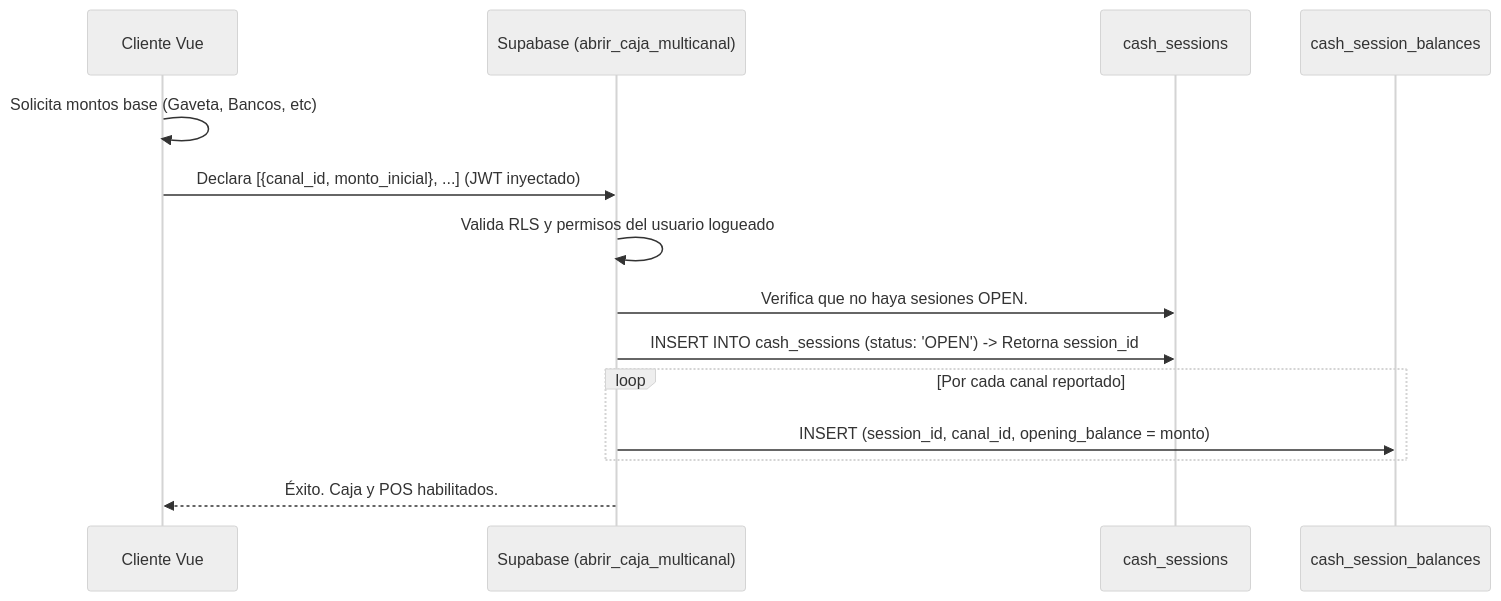
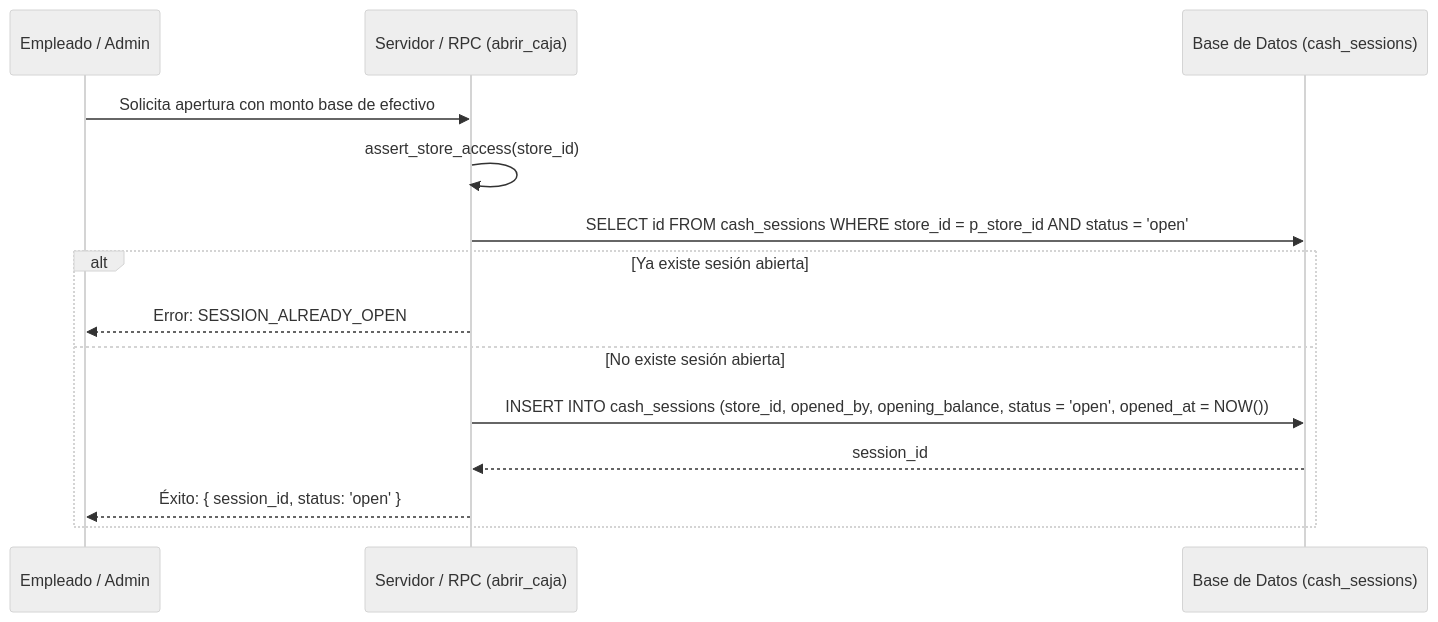
The first of 4 diagrams in documentation/01_requirements/SDD/SDD_004_CONTROL_DE_CAJA.md (YamirJCF/tienda-barrio-pro), drawn with Mermaid (neutral theme) before and after one commit. The commit also changed other lines of this file and 3 other files, not shown here.

````diff
--- a/documentation/01_requirements/SDD/SDD_004_CONTROL_DE_CAJA.md
+++ b/documentation/01_requirements/SDD/SDD_004_CONTROL_DE_CAJA.md
@@ -49,19 +66,17 @@
 ```mermaid
 sequenceDiagram
-    participant UI as Cliente Vue
-    participant API as Supabase (abrir_caja_multicanal)
-    participant S as cash_sessions
-    participant B as cash_session_balances
+    participant U as Empleado / Admin
+    participant S as Servidor / RPC (abrir_caja)
+    participant DB as Base de Datos (cash_sessions)
 
-    UI->>UI: Solicita montos base (Gaveta, Bancos, etc)
-    UI->>API: Declara [{canal_id, monto_inicial}, ...] (JWT inyectado)
-    API->>API: Valida RLS y permisos del usuario logueado
-    API->>S: Verifica que no haya sesiones OPEN.
-    API->>S: INSERT INTO cash_sessions (status: 'OPEN') -> Retorna session_id
-    
-    loop Por cada canal reportado
-        API->>B: INSERT (session_id, canal_id, opening_balance = monto)
+    U->>S: Solicita apertura con monto base de efectivo
+    S->>S: assert_store_access(store_id)
+    S->>DB: SELECT id FROM cash_sessions WHERE store_id = p_store_id AND status = 'open'
+    alt Ya existe sesión abierta
+        S-->>U: Error: SESSION_ALREADY_OPEN
+    else No existe sesión abierta
+        S->>DB: INSERT INTO cash_sessions (store_id, opened_by, opening_balance, status = 'open', opened_at = NOW())
+        DB-->>S: session_id
+        S-->>U: Éxito: { session_id, status: 'open' }
     end
-    
-    API-->>UI: Éxito. Caja y POS habilitados.
 ```
````
